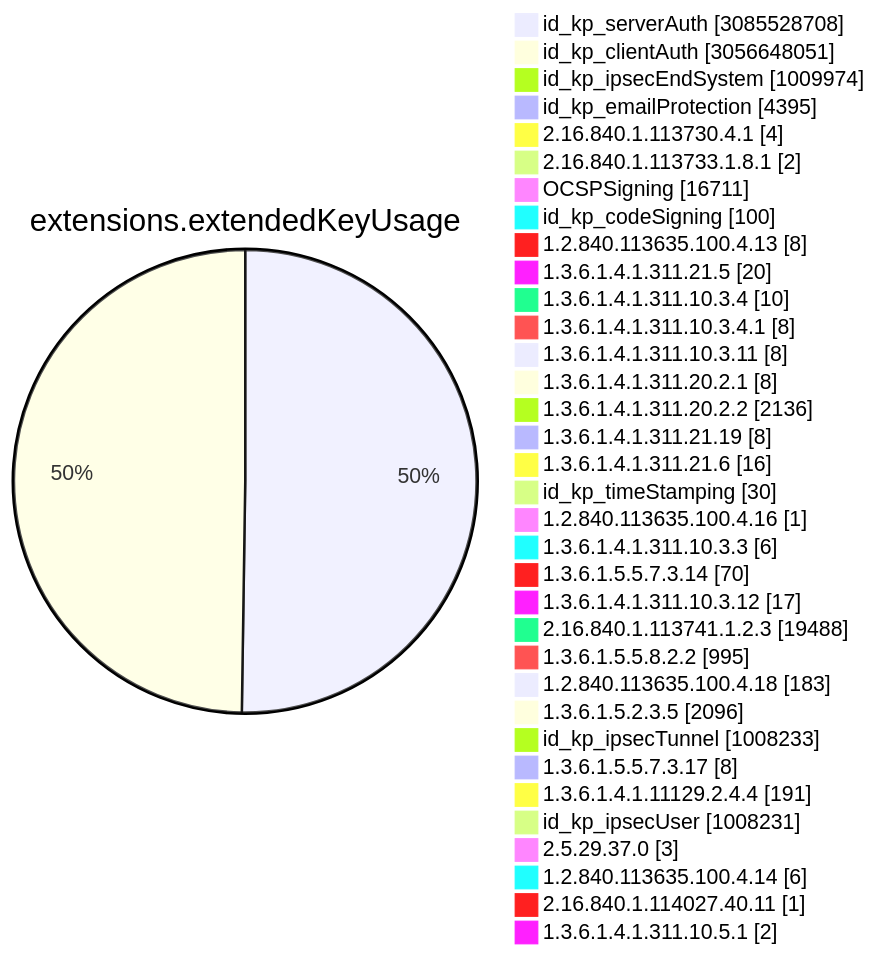
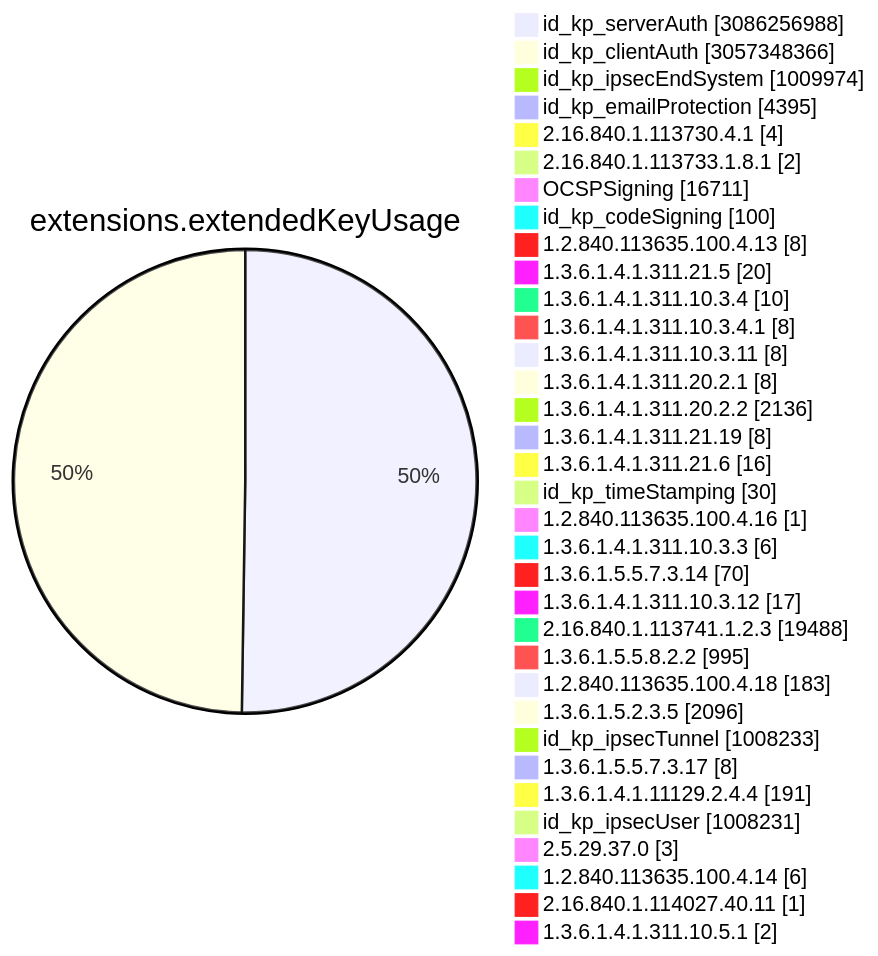
Before and after one commit to christiankrug/ctmonitor_visualization: diagram 11 of 15 in TOTAL/README.md, drawn with Mermaid. The commit also changed other lines of this file, not shown here.

````diff
--- a/TOTAL/README.md
+++ b/TOTAL/README.md
@@ -4119,38 +4119,38 @@
 ```mermaid
 pie showData
 title extensions.extendedKeyUsage
-"id_kp_serverAuth" :3085528708
-"id_kp_clientAuth" :3056648051
+"id_kp_serverAuth" :3086256988
+"id_kp_clientAuth" :3057348366
 "id_kp_ipsecEndSystem" :1009974
 "id_kp_emailProtection" :4395
 "2.16.840.1.113730.4.1" :4
 "2.16.840.1.113733.1.8.1" :2
 "OCSPSigning" :16711
 "id_kp_codeSigning" :100
 "1.2.840.113635.100.4.13" :8
 "1.3.6.1.4.1.311.21.5" :20
 "1.3.6.1.4.1.311.10.3.4" :10
 "1.3.6.1.4.1.311.10.3.4.1" :8
 "1.3.6.1.4.1.311.10.3.11" :8
 "1.3.6.1.4.1.311.20.2.1" :8
 "1.3.6.1.4.1.311.20.2.2" :2136
 "1.3.6.1.4.1.311.21.19" :8
 "1.3.6.1.4.1.311.21.6" :16
 "id_kp_timeStamping" :30
 "1.2.840.113635.100.4.16" :1
 "1.3.6.1.4.1.311.10.3.3" :6
 "1.3.6.1.5.5.7.3.14" :70
 "1.3.6.1.4.1.311.10.3.12" :17
 "2.16.840.1.113741.1.2.3" :19488
 "1.3.6.1.5.5.8.2.2" :995
 "1.2.840.113635.100.4.18" :183
 "1.3.6.1.5.2.3.5" :2096
 "id_kp_ipsecTunnel" :1008233
 "1.3.6.1.5.5.7.3.17" :8
 "1.3.6.1.4.1.11129.2.4.4" :191
 "id_kp_ipsecUser" :1008231
 "2.5.29.37.0" :3
 "1.2.840.113635.100.4.14" :6
 "2.16.840.1.114027.40.11" :1
 "1.3.6.1.4.1.311.10.5.1" :2
 ```
````
